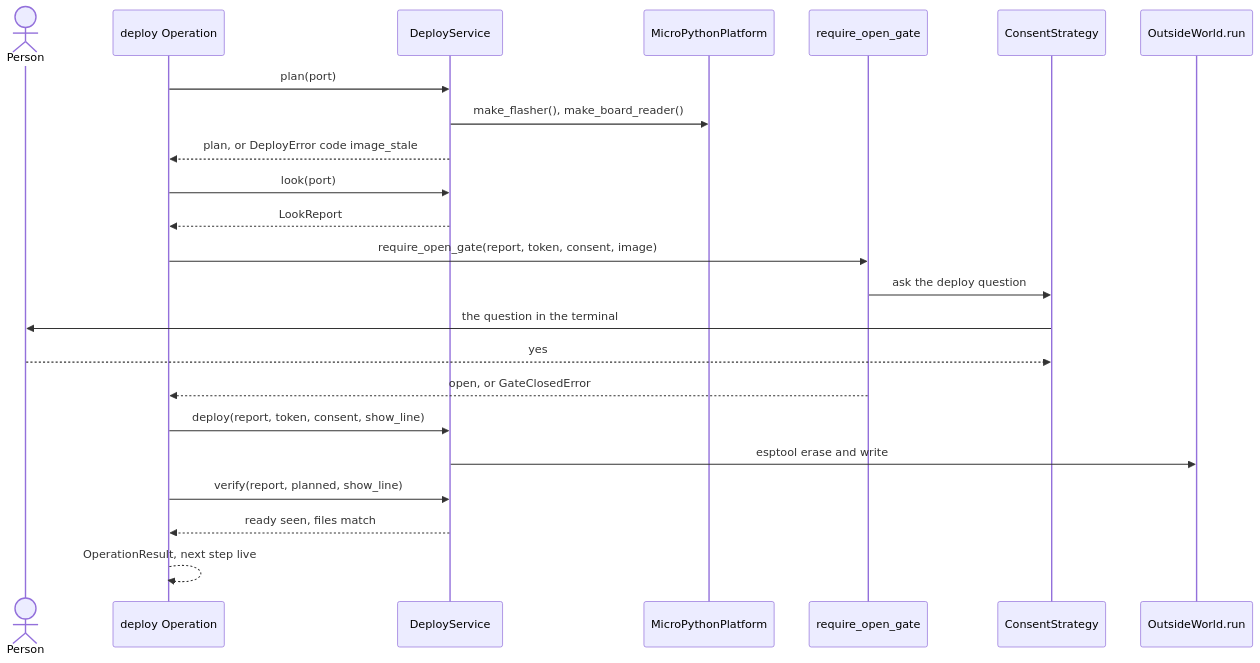
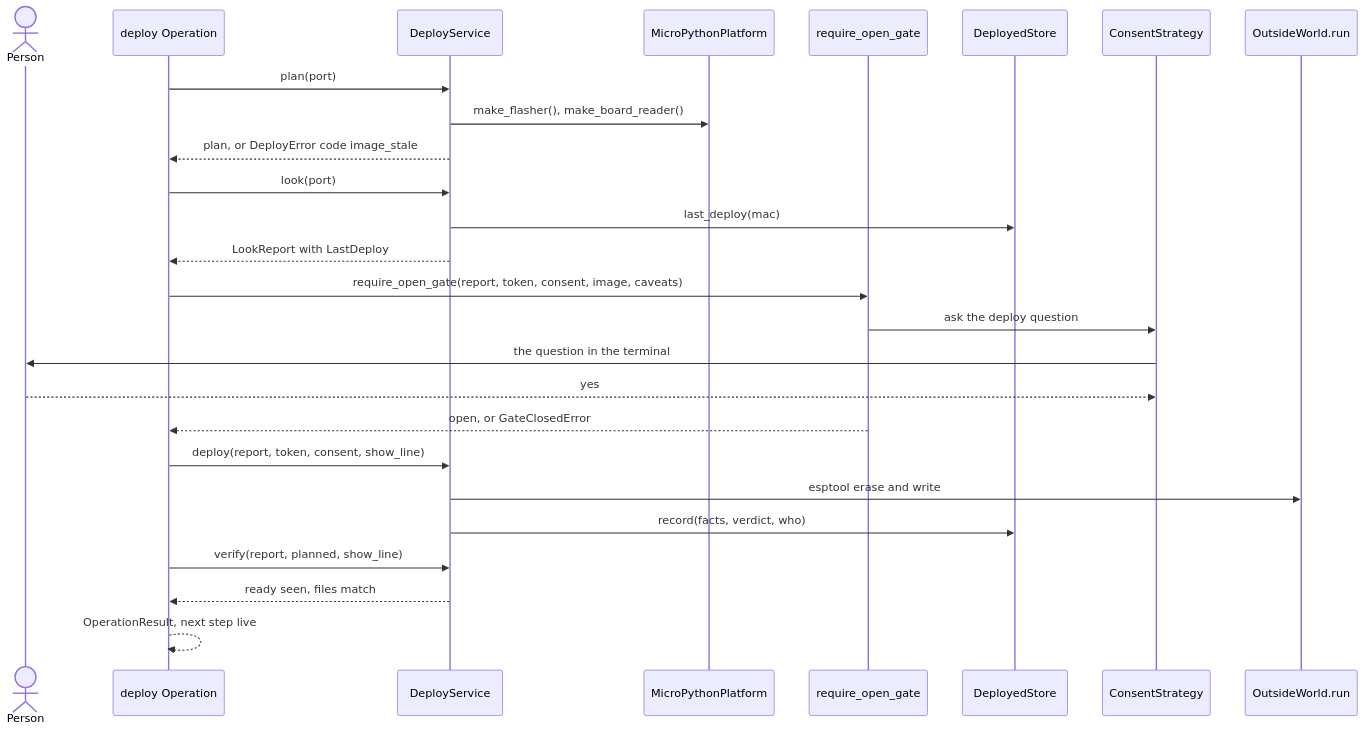
Before and after one commit to xmejkal/spark: the third of 3 diagrams in docs/discovery/2026-10-19-p323-target-architecture/architecture/areas/bench.md, drawn with Mermaid. The commit also changed other lines of this file and 19 other files, not shown here.

````diff
--- a/docs/discovery/2026-10-19-p323-target-architecture/architecture/areas/bench.md
+++ b/docs/discovery/2026-10-19-p323-target-architecture/architecture/areas/bench.md
@@ -109,25 +128,28 @@
 ```mermaid
 sequenceDiagram
   actor P as Person
   participant OP as deploy Operation
   participant DS as DeployService
   participant PL as MicroPythonPlatform
   participant G as require_open_gate
+  participant ST as DeployedStore
   participant C as ConsentStrategy
   participant OW as OutsideWorld.run
   OP->>DS: plan(port)
   DS->>PL: make_flasher(), make_board_reader()
   DS-->>OP: plan, or DeployError code image_stale
   OP->>DS: look(port)
-  DS-->>OP: LookReport
-  OP->>G: require_open_gate(report, token, consent, image)
+  DS->>ST: last_deploy(mac)
+  DS-->>OP: LookReport with LastDeploy
+  OP->>G: require_open_gate(report, token, consent, image, caveats)
   G->>C: ask the deploy question
   C->>P: the question in the terminal
   P-->>C: yes
   G-->>OP: open, or GateClosedError
   OP->>DS: deploy(report, token, consent, show_line)
   DS->>OW: esptool erase and write
+  DS->>ST: record(facts, verdict, who)
   OP->>DS: verify(report, planned, show_line)
   DS-->>OP: ready seen, files match
   OP-->>OP: OperationResult, next step live
 ```
````
